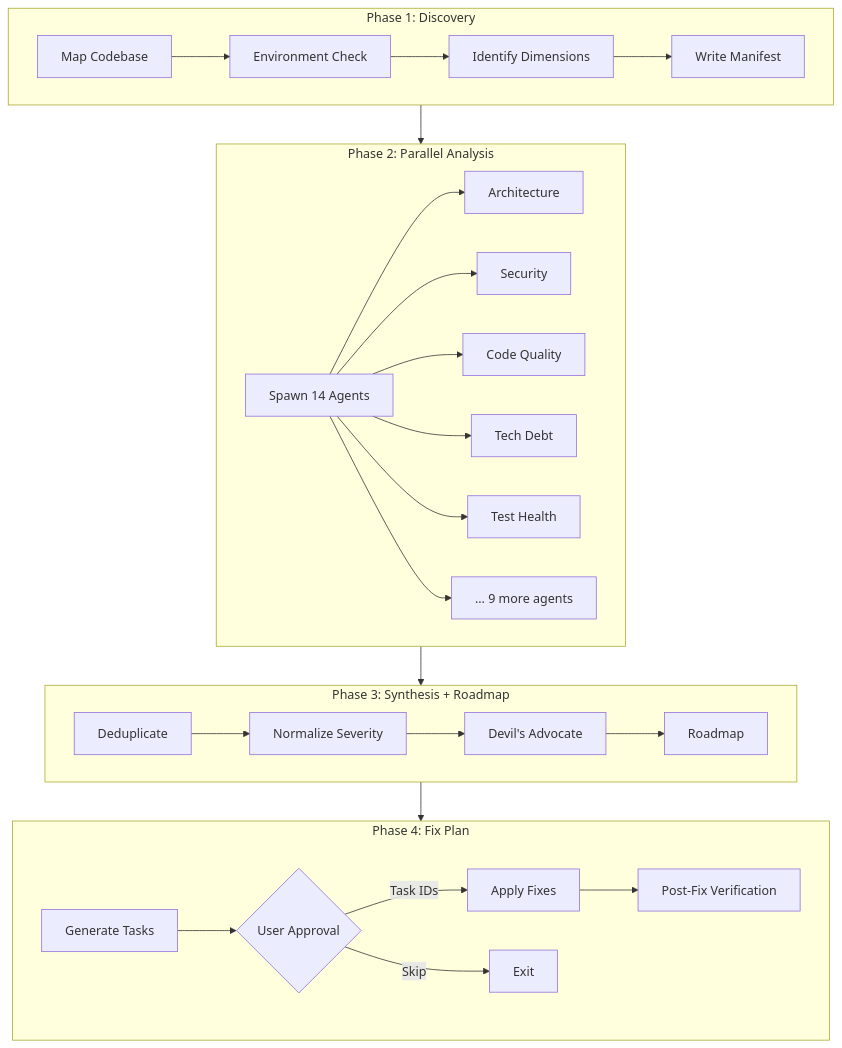
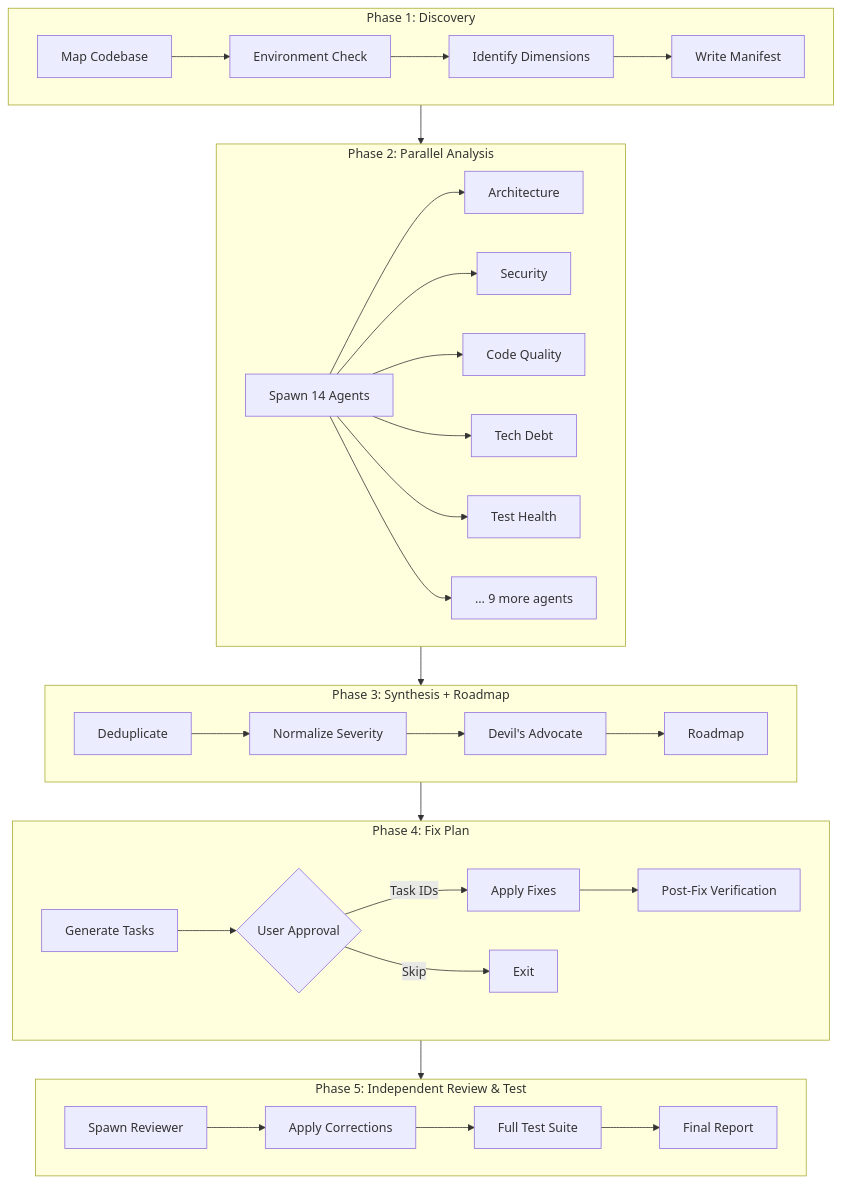
Before and after one commit to artgaurav16420-oss/Complete-Codebase-Review: the diagram in README.md, drawn with Mermaid. The commit also changed other lines of this file, not shown here.

Commit message:
docs: add Phase 5 to README.md
- Mermaid diagram: added Phase 5 (Independent Review & Test) with spawn reviewer, corrections, full test suite, final report
- Architecture section: added Phase 5 description
- Test suite table: updated compliance count to 139 assertions

````diff
--- a/README.md
+++ b/README.md
@@ -16,30 +16,36 @@
 ```mermaid
 flowchart TB
     subgraph Phase1[Phase 1: Discovery]
         A1[Map Codebase] --> A2[Environment Check]
         A2 --> A3[Identify Dimensions]
         A3 --> A4[Write Manifest]
     end
     subgraph Phase2[Phase 2: Parallel Analysis]
         B1[Spawn 14 Agents] --> B2[Architecture]
         B1 --> B3[Security]
         B1 --> B4[Code Quality]
         B1 --> B5[Tech Debt]
         B1 --> B6[Test Health]
         B1 --> B7[... 9 more agents]
     end
     subgraph Phase3[Phase 3: Synthesis + Roadmap]
         C1[Deduplicate] --> C2[Normalize Severity]
         C2 --> C3[Devil's Advocate]
         C3 --> C4[Roadmap]
     end
     subgraph Phase4[Phase 4: Fix Plan]
         D1[Generate Tasks] --> D2{User Approval}
         D2 -->|Task IDs| D3[Apply Fixes]
         D2 -->|Skip| D4[Exit]
         D3 --> D5[Post-Fix Verification]
     end
+    subgraph Phase5[Phase 5: Independent Review & Test]
+        E1[Spawn Reviewer] --> E2[Apply Corrections]
+        E2 --> E3[Full Test Suite]
+        E3 --> E4[Final Report]
+    end
     Phase1 --> Phase2
     Phase2 --> Phase3
     Phase3 --> Phase4
+    Phase4 --> Phase5
 ```
````
